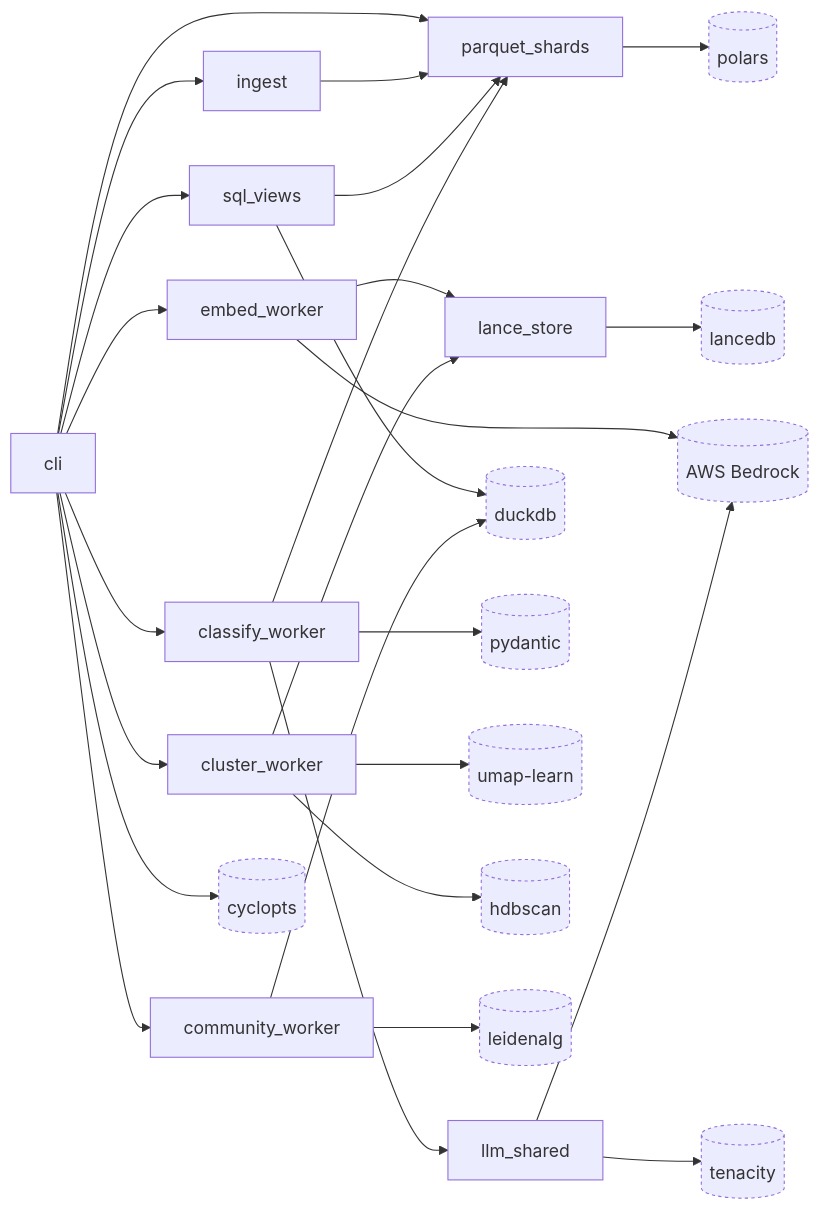
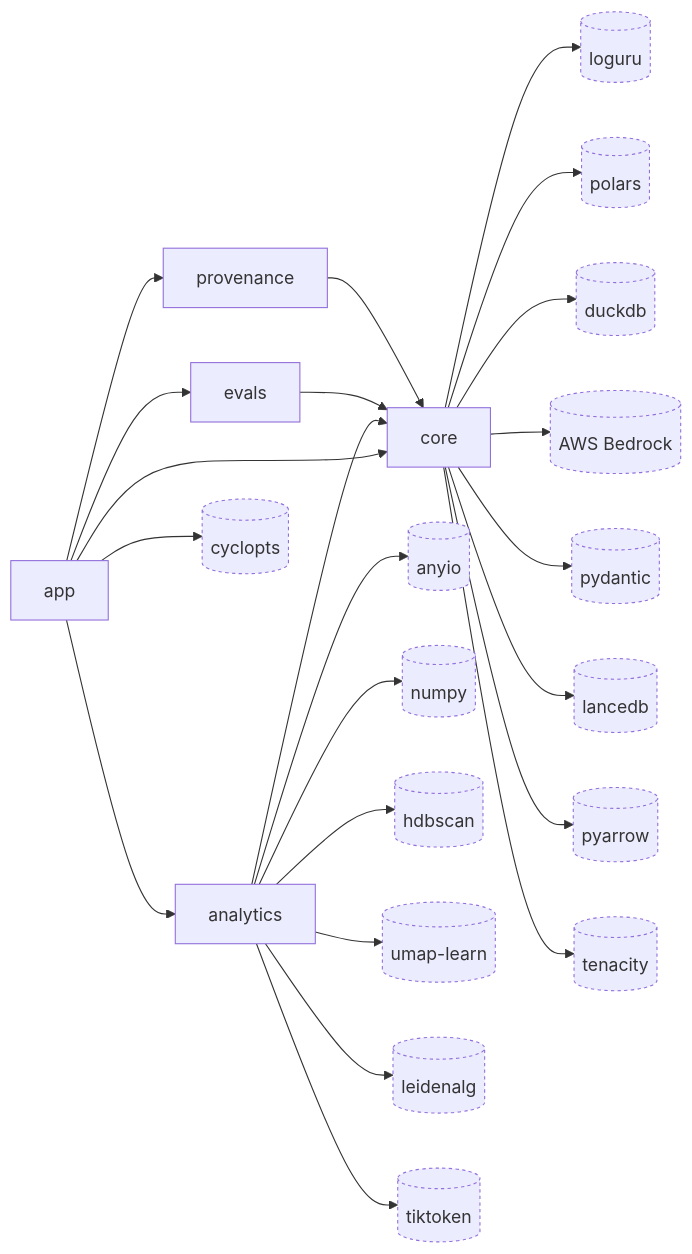
The diagram in docs/diagrams/structural/dependency-graph.md (theagenticguy/claude-sql), drawn with Mermaid before and after one commit. The commit also changed other lines of this file and 18 other files, not shown here.

````diff
--- a/docs/diagrams/structural/dependency-graph.md
+++ b/docs/diagrams/structural/dependency-graph.md
@@ -3,58 +3,52 @@
 ```mermaid
 flowchart LR
     classDef external stroke-dasharray: 3 3
 
-    cli[cli]
-    ingest[ingest]
-    sql_views[sql_views]
-    embed_worker[embed_worker]
-    classify_worker[classify_worker]
-    cluster_worker[cluster_worker]
-    community_worker[community_worker]
-    llm_shared[llm_shared]
-    lance_store[lance_store]
-    parquet_shards[parquet_shards]
+    app[app]
+    core[core]
+    analytics[analytics]
+    evals[evals]
+    provenance[provenance]
 
+    loguru[(loguru)]:::external
+    polars[(polars)]:::external
     duckdb[(duckdb)]:::external
-    polars[(polars)]:::external
     bedrock[(AWS Bedrock)]:::external
+    pydantic[(pydantic)]:::external
     lancedb[(lancedb)]:::external
+    pyarrow[(pyarrow)]:::external
+    tenacity[(tenacity)]:::external
+    anyio[(anyio)]:::external
+    numpy[(numpy)]:::external
     cyclopts[(cyclopts)]:::external
-    pydantic[(pydantic)]:::external
+    hdbscan[(hdbscan)]:::external
     umap[(umap-learn)]:::external
-    hdbscan[(hdbscan)]:::external
     leidenalg[(leidenalg)]:::external
-    tenacity[(tenacity)]:::external
+    tiktoken[(tiktoken)]:::external
 
-    cli --> ingest
-    cli --> sql_views
-    cli --> embed_worker
-    cli --> classify_worker
-    cli --> cluster_worker
-    cli --> community_worker
-    cli --> parquet_shards
-    cli --> cyclopts
+    app --> core
+    app --> analytics
+    app --> evals
+    app --> provenance
+    analytics --> core
+    evals --> core
+    provenance --> core
 
-    ingest --> parquet_shards
-    sql_views --> parquet_shards
-    sql_views --> duckdb
+    app --> cyclopts
 
-    embed_worker --> lance_store
-    embed_worker --> bedrock
-    cluster_worker --> lance_store
-    cluster_worker --> umap
-    cluster_worker --> hdbscan
+    core --> loguru
+    core --> polars
+    core --> duckdb
+    core --> bedrock
+    core --> pydantic
+    core --> lancedb
+    core --> pyarrow
+    core --> tenacity
 
-    community_worker --> leidenalg
-    community_worker --> duckdb
-
-    classify_worker --> llm_shared
-    classify_worker --> parquet_shards
-    classify_worker --> pydantic
-
-    llm_shared --> bedrock
-    llm_shared --> tenacity
-
-    lance_store --> lancedb
-    parquet_shards --> polars
+    analytics --> anyio
+    analytics --> numpy
+    analytics --> tiktoken
+    analytics --> hdbscan
+    analytics --> umap
+    analytics --> leidenalg
 ```
````
